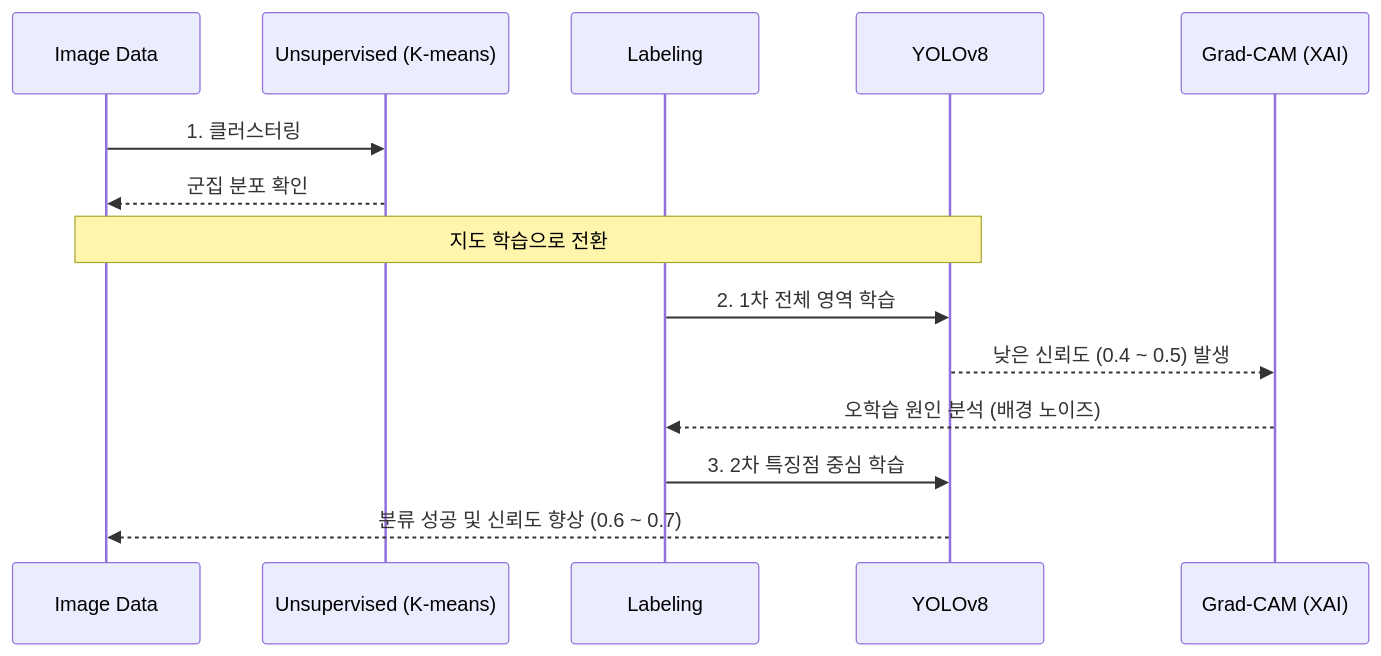
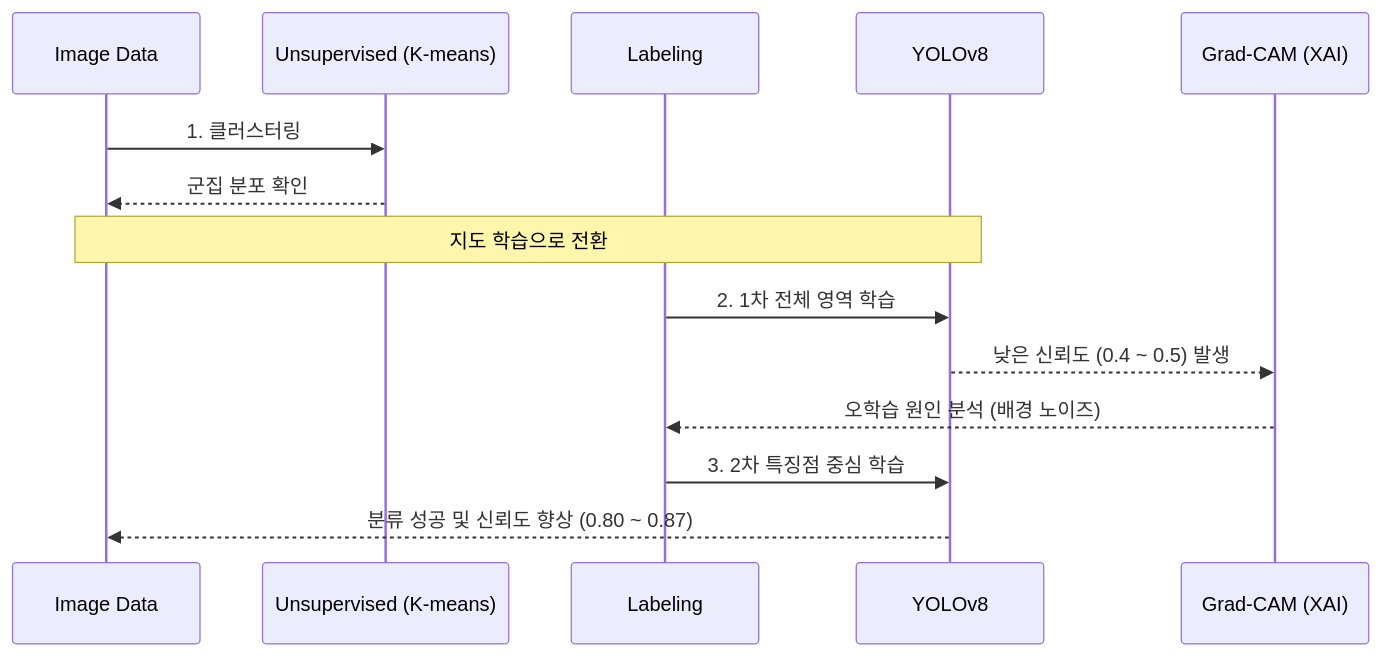
The diagram in README.md (xorb01/manufacturing-part-classifier), drawn with Mermaid before and after one commit. The commit also changed other lines of this file, not shown here.

````diff
--- a/README.md
+++ b/README.md
@@ -21,20 +22,20 @@
 ```mermaid
 sequenceDiagram
     participant Data as Image Data
     participant Unsup as Unsupervised (K-means)
     participant Label as Labeling 
     participant Model as YOLOv8
     participant XAI as Grad-CAM (XAI)
 
     Data->>Unsup: 1. 클러스터링
     Unsup-->>Data: 군집 분포 확인 
     
     Note over Data, Model: 지도 학습으로 전환 
     
     Label->>Model: 2. 1차 전체 영역 학습
     Model-->>XAI: 낮은 신뢰도 (0.4 ~ 0.5) 발생
     XAI-->>Label: 오학습 원인 분석 (배경 노이즈)
     
     Label->>Model: 3. 2차 특징점 중심 학습
-    Model-->>Data: 분류 성공 및 신뢰도 향상 (0.6 ~ 0.7)
+    Model-->>Data: 분류 성공 및 신뢰도 향상 (0.80 ~ 0.87)
 ```
````
